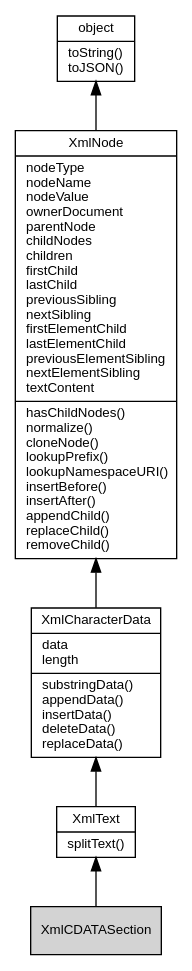
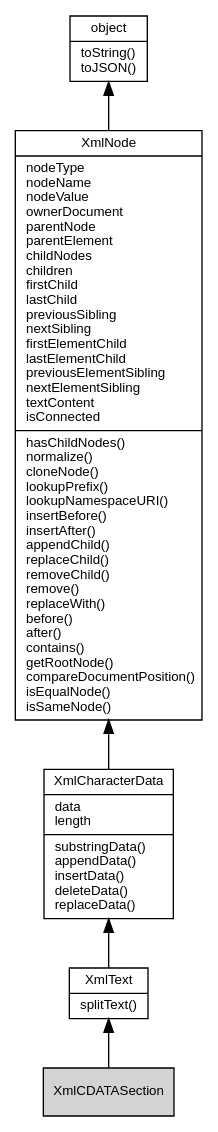
Before and after one commit to fibjs/fibjs.org: the diagram in docs/manual/object/ifs/XmlCDATASection.md, drawn with Graphviz. The commit also changed other lines of this file and 148 other files, not shown here.

First line of the commit message:
feat: add ZlibCodec documentation and update object graph

````diff
--- a/docs/manual/object/ifs/XmlCDATASection.md
+++ b/docs/manual/object/ifs/XmlCDATASection.md
@@ -15,16 +15,16 @@
 ```dot
 digraph {
     node [fontname="Helvetica,sans-Serif", fontsize=10, shape="record", style="filled", fillcolor="white"];
 
     object [tooltip="object", URL="object.md", label="{object|toString()\ltoJSON()\l}"];
-    XmlNode [tooltip="XmlNode", URL="XmlNode.md", label="{XmlNode|nodeType\lnodeName\lnodeValue\lownerDocument\lparentNode\lchildNodes\lchildren\lfirstChild\llastChild\lpreviousSibling\lnextSibling\lfirstElementChild\llastElementChild\lpreviousElementSibling\lnextElementSibling\ltextContent\l|hasChildNodes()\lnormalize()\lcloneNode()\llookupPrefix()\llookupNamespaceURI()\linsertBefore()\linsertAfter()\lappendChild()\lreplaceChild()\lremoveChild()\l}"];
+    XmlNode [tooltip="XmlNode", URL="XmlNode.md", label="{XmlNode|nodeType\lnodeName\lnodeValue\lownerDocument\lparentNode\lparentElement\lchildNodes\lchildren\lfirstChild\llastChild\lpreviousSibling\lnextSibling\lfirstElementChild\llastElementChild\lpreviousElementSibling\lnextElementSibling\ltextContent\lisConnected\l|hasChildNodes()\lnormalize()\lcloneNode()\llookupPrefix()\llookupNamespaceURI()\linsertBefore()\linsertAfter()\lappendChild()\lreplaceChild()\lremoveChild()\lremove()\lreplaceWith()\lbefore()\lafter()\lcontains()\lgetRootNode()\lcompareDocumentPosition()\lisEqualNode()\lisSameNode()\l}"];
     XmlCharacterData [tooltip="XmlCharacterData", URL="XmlCharacterData.md", label="{XmlCharacterData|data\llength\l|substringData()\lappendData()\linsertData()\ldeleteData()\lreplaceData()\l}"];
     XmlText [tooltip="XmlText", URL="XmlText.md", label="{XmlText|splitText()\l}"];
     XmlCDATASection [tooltip="XmlCDATASection", fillcolor="lightgray", id="me", label="{XmlCDATASection}"];
 
     object -> XmlNode [dir=back];
     XmlNode -> XmlCharacterData [dir=back];
     XmlCharacterData -> XmlText [dir=back];
     XmlText -> XmlCDATASection [dir=back];
 }
 ```
````
